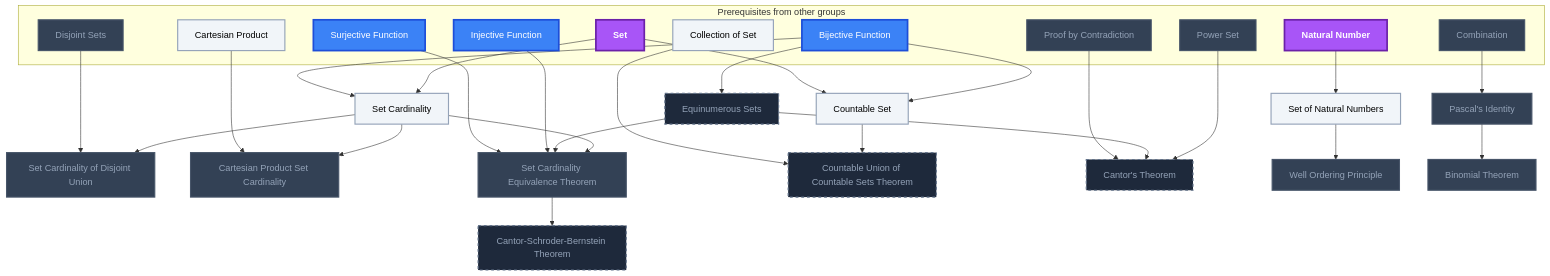
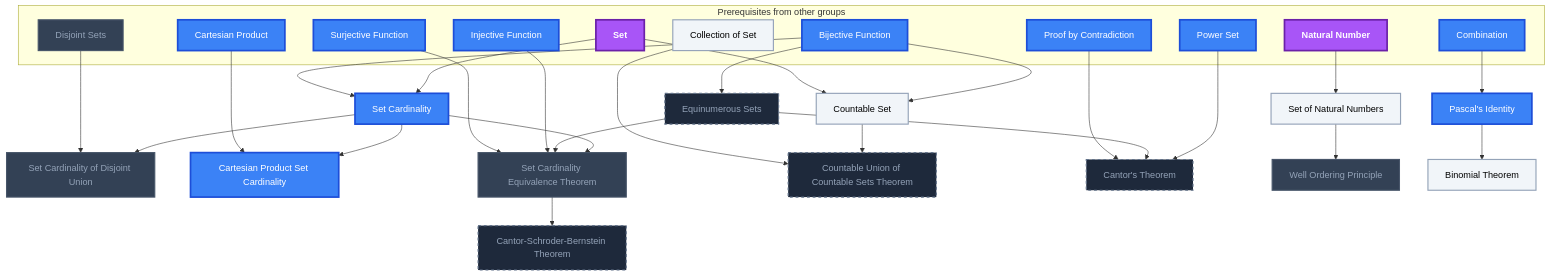
Before and after one commit to MRauf1/My-Notes: the seventh of 7 diagrams in Gamification/Skill Trees/Discrete Mathematics.md, drawn with Mermaid. The commit also changed other lines of this file and 62 other files, not shown here.

````diff
--- a/Gamification/Skill Trees/Discrete Mathematics.md
+++ b/Gamification/Skill Trees/Discrete Mathematics.md
@@ -430,67 +432,67 @@
 ```mermaid
 flowchart TD
     classDef planned fill:#1E293B,stroke:#64748B,stroke-width:2px,stroke-dasharray:5 5,color:#94A3B8;
     classDef locked fill:#334155,stroke:#475569,stroke-width:2px,color:#94A3B8;
     classDef L0 fill:#F1F5F9,stroke:#94A3B8,stroke-width:2px,color:#000000;
     classDef L1 fill:#22C55E,stroke:#15803D,stroke-width:2px,color:#000000;
     classDef L2 fill:#3B82F6,stroke:#1D4ED8,stroke-width:3px,color:#FFFFFF;
     classDef L3 fill:#A855F7,stroke:#6B21A8,stroke-width:3px,color:#FFFFFF,font-weight:bold;
     classDef L4 fill:#F97316,stroke:#C2410C,stroke-width:4px,color:#000000,font-weight:bold;
     classDef L5 fill:#FFD700,stroke:#FF8C00,stroke-width:5px,color:#000000,font-weight:bold;
     classDef rusty stroke:#8B4513,stroke-width:4px,stroke-dasharray:3 3;
     subgraph sg_prereqs["Prerequisites from other groups"]
         n_set["Set"]
         n_bijective_function["Bijective Function"]
         n_disjoint_sets["Disjoint Sets"]
         n_cartesian_product["Cartesian Product"]
         n_injective_function["Injective Function"]
         n_surjective_function["Surjective Function"]
         n_collection_of_set["Collection of Set"]
         n_power_set["Power Set"]
         n_proof_by_contradiction["Proof by Contradiction"]
         n_natural_number["Natural Number"]
         n_combination["Combination"]
     end
     n_set_cardinality["Set Cardinality"]
     n_set_cardinality_of_disjoint_union["Set Cardinality of Disjoint Union"]
     n_cartesian_product_set_cardinality["Cartesian Product Set Cardinality"]
     n_equinumerous_sets["Equinumerous Sets"]
     n_set_cardinality_equivalence_theorem["Set Cardinality Equivalence Theorem"]
     n_countable_union_of_countable_sets_theorem["Countable Union of Countable Sets Theorem"]
     n_cantor_s_theorem["Cantor's Theorem"]
     n_cantor_schroder_bernstein_theorem["Cantor-Schroder-Bernstein Theorem"]
     n_set_of_natural_numbers["Set of Natural Numbers"]
     n_well_ordering_principle["Well Ordering Principle"]
     n_pascal_s_identity["Pascal's Identity"]
     n_binomial_theorem["Binomial Theorem"]
     n_countable_set["Countable Set"]
     n_set --> n_set_cardinality
     n_bijective_function --> n_set_cardinality
     n_set_cardinality --> n_set_cardinality_of_disjoint_union
     n_disjoint_sets --> n_set_cardinality_of_disjoint_union
     n_set_cardinality --> n_cartesian_product_set_cardinality
     n_cartesian_product --> n_cartesian_product_set_cardinality
     n_bijective_function --> n_equinumerous_sets
     n_set_cardinality --> n_set_cardinality_equivalence_theorem
     n_equinumerous_sets --> n_set_cardinality_equivalence_theorem
     n_injective_function --> n_set_cardinality_equivalence_theorem
     n_surjective_function --> n_set_cardinality_equivalence_theorem
     n_countable_set --> n_countable_union_of_countable_sets_theorem
     n_collection_of_set --> n_countable_union_of_countable_sets_theorem
     n_power_set --> n_cantor_s_theorem
     n_equinumerous_sets --> n_cantor_s_theorem
     n_proof_by_contradiction --> n_cantor_s_theorem
     n_set_cardinality_equivalence_theorem --> n_cantor_schroder_bernstein_theorem
     n_natural_number --> n_set_of_natural_numbers
     n_set_of_natural_numbers --> n_well_ordering_principle
     n_combination --> n_pascal_s_identity
     n_pascal_s_identity --> n_binomial_theorem
     n_bijective_function --> n_countable_set
     n_set --> n_countable_set
     class n_equinumerous_sets,n_countable_union_of_countable_sets_theorem,n_cantor_s_theorem,n_cantor_schroder_bernstein_theorem planned;
-    class n_disjoint_sets,n_power_set,n_proof_by_contradiction,n_combination,n_set_cardinality_of_disjoint_union,n_cartesian_product_set_cardinality,n_set_cardinality_equivalence_theorem,n_well_ordering_principle,n_pascal_s_identity,n_binomial_theorem locked;
-    class n_cartesian_product,n_collection_of_set,n_set_cardinality,n_set_of_natural_numbers,n_countable_set L0;
-    class n_bijective_function,n_injective_function,n_surjective_function L2;
+    class n_disjoint_sets,n_set_cardinality_of_disjoint_union,n_set_cardinality_equivalence_theorem,n_well_ordering_principle locked;
+    class n_collection_of_set,n_set_of_natural_numbers,n_binomial_theorem,n_countable_set L0;
+    class n_bijective_function,n_cartesian_product,n_injective_function,n_surjective_function,n_power_set,n_proof_by_contradiction,n_combination,n_set_cardinality,n_cartesian_product_set_cardinality,n_pascal_s_identity L2;
     class n_set,n_natural_number L3;
     class n_set,n_bijective_function,n_disjoint_sets,n_cartesian_product,n_injective_function,n_surjective_function,n_collection_of_set,n_power_set,n_proof_by_contradiction,n_natural_number,n_combination,n_set_cardinality,n_set_cardinality_of_disjoint_union,n_cartesian_product_set_cardinality,n_set_cardinality_equivalence_theorem,n_set_of_natural_numbers,n_well_ordering_principle,n_pascal_s_identity,n_binomial_theorem,n_countable_set internal-link;
 ```
````
